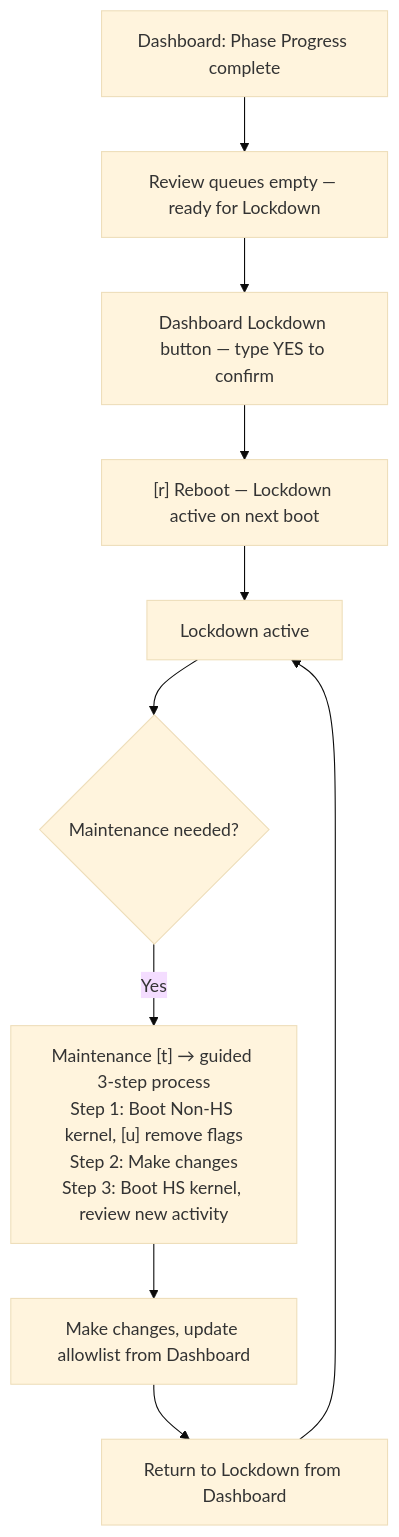
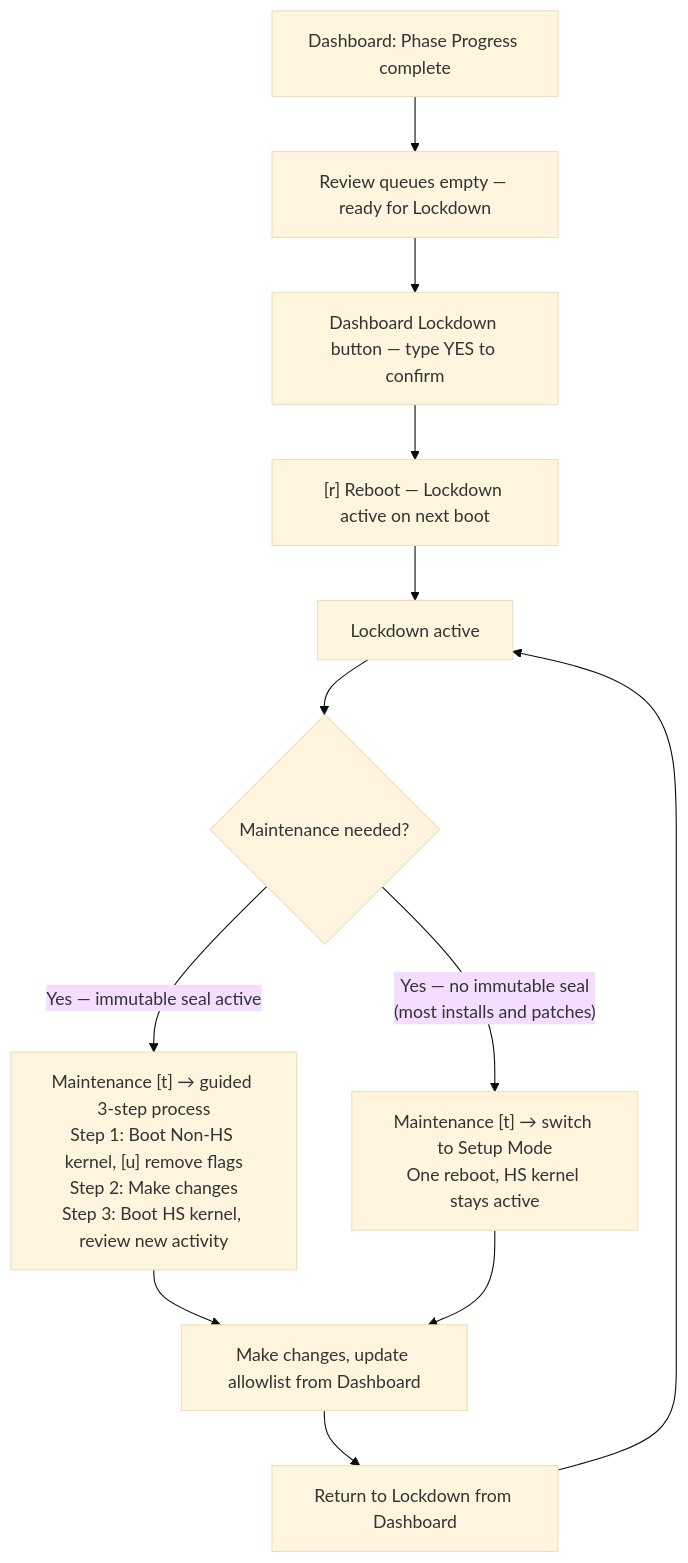
The diagram in content/en/docs/mode-switching/index.md (HeartSecuritySuite/heartsuite-docs), drawn with Mermaid (base theme) before and after one commit. The commit also changed 2 other files, not shown here.

Commit message:
docs: clarify that most maintenance stays on the HS kernel
Normal installs and patches only need Option 1 (switch to Setup Mode,
one reboot, no GRUB interaction). Booting the Non-HS kernel is only
required when Lockdown+sealed is active. Added this framing to the
maintenance index, protecting-during-maintenance overview, and the
mode-switching Mermaid diagram.

````diff
--- a/content/en/docs/mode-switching/index.md
+++ b/content/en/docs/mode-switching/index.md
@@ -61,12 +61,14 @@
 ```mermaid
 graph TD
     A["Dashboard: Phase Progress complete"] --> B["Review queues empty — ready for Lockdown"];
     B --> C["Dashboard Lockdown button — type YES to confirm"];
     C --> D["[r] Reboot — Lockdown active on next boot"];
     D --> E["Lockdown active"];
     E --> G{Maintenance needed?};
-    G --> |"Yes"| I["Maintenance [t] → guided 3-step process\nStep 1: Boot Non-HS kernel, [u] remove flags\nStep 2: Make changes\nStep 3: Boot HS kernel, review new activity"];
+    G --> |"Yes — immutable seal active"| I["Maintenance [t] → guided 3-step process\nStep 1: Boot Non-HS kernel, [u] remove flags\nStep 2: Make changes\nStep 3: Boot HS kernel, review new activity"];
+    G --> |"Yes — no immutable seal\n(most installs and patches)"| O["Maintenance [t] → switch to Setup Mode\nOne reboot, HS kernel stays active"];
     I --> J["Make changes, update allowlist from Dashboard"];
+    O --> J;
     J --> N["Return to Lockdown from Dashboard"];
     N --> E;
 ```
````
